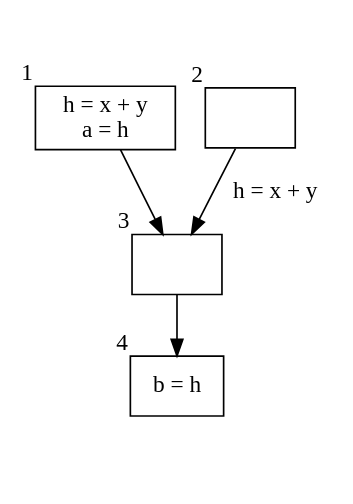
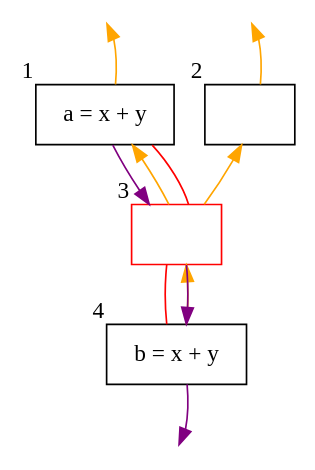
One commit to edwloef/partial-redundancy-elimination changed the diagram in example1_4.dot. Above: the diagram before and after it, drawn with Graphviz. The commit also changed 10 other files, not shown here.

```diff
--- a/example1_4.dot
+++ b/example1_4.dot
@@ -1,21 +1,34 @@
 digraph G {
     node [shape=box];
 
     pre1 [shape=point,style=invis];
     pre1 -> 1 [style=invis];
 
     pre2 [shape=point,style=invis];
     pre2 -> 2 [style=invis];
 
     post4 [shape=point,style=invis];
     4 -> post4 [style=invis];
 
-    1 [label="h = x + y\na = h",xlabel="1"];
+    1 [label="a = x + y",xlabel="1"];
     2 [label="",xlabel="2"];
-    3 [label="",xlabel="3"];
-    4 [label="b = h",xlabel="4"];
+    3 [label="",xlabel="3",color="red"];
+    4 [label="b = x + y",xlabel="4"];
 
-    1 -> 3 [color=black];
-    2 -> 3 [color=black,label="h = x + y"];
-    3 -> 4 [color=black];
+    1 -> 3 [style=invis];
+    2 -> 3 [style=invis];
+    3 -> 4 [style=invis];
+
+    1 -> 3 [color=purple,constraint=false];
+    3 -> 4 [color=purple,constraint=false];
+    4 -> post4 [color=purple,constraint=false];
+
+    4 -> 3 [color=orange,constraint=false];
+    3 -> 1 [color=orange,constraint=false];
+    3 -> 2 [color=orange,constraint=false];
+    1 -> pre1 [color=orange,constraint=false];
+    2 -> pre2 [color=orange,constraint=false];
+
+    1 -> 3 [color=red,arrowhead=none,constraint=false];
+    3 -> 4 [color=red,arrowhead=none,constraint=false];
 }
```
